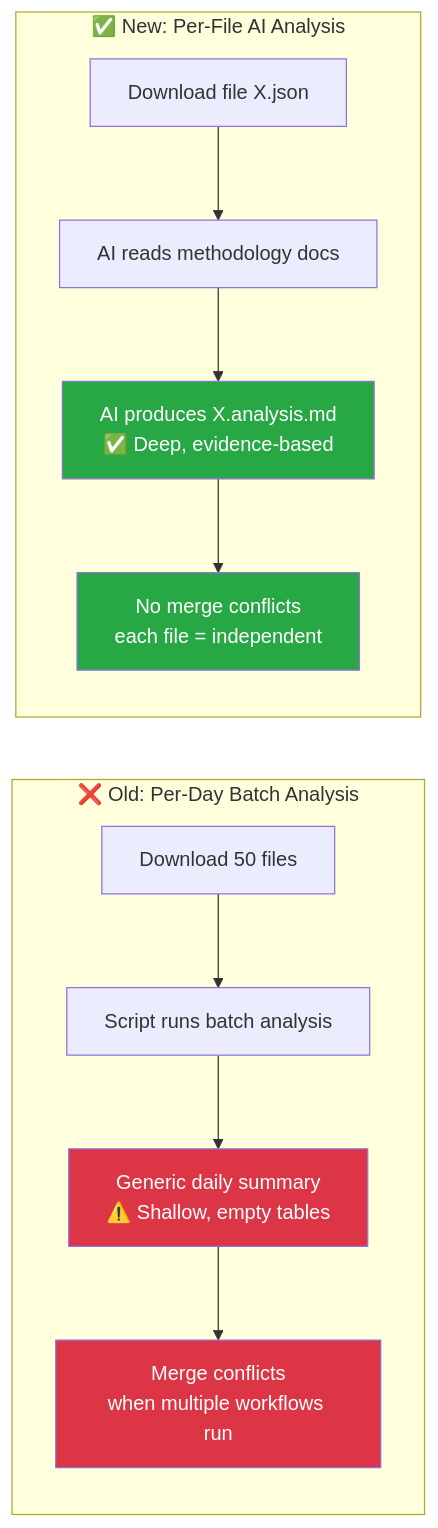
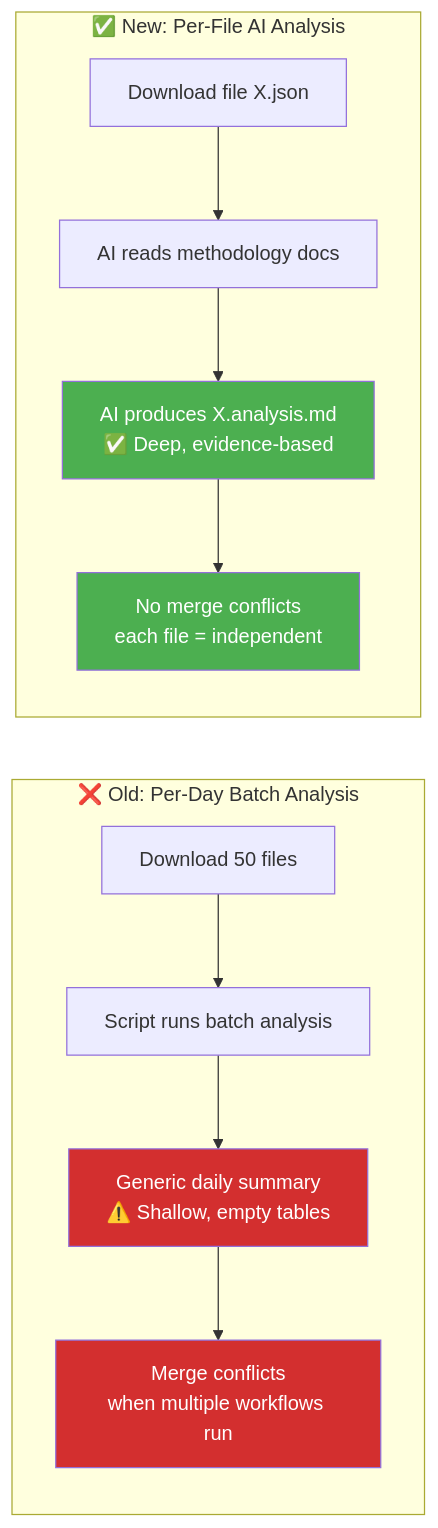
The first of 11 diagrams in analysis/methodologies/ai-driven-analysis-guide.md (Hack23/riksdagsmonitor), drawn with Mermaid before and after one commit. The commit also changed other lines of this file and 14 other files, not shown here.

First line of the commit message:
Align analysis/ mermaid diagrams with ISMS Style Guide palette and convert SWOT to quadrantChart

````diff
--- a/analysis/methodologies/ai-driven-analysis-guide.md
+++ b/analysis/methodologies/ai-driven-analysis-guide.md
@@ -306,19 +306,19 @@
 ```mermaid
 graph LR
     subgraph "❌ Old: Per-Day Batch Analysis"
         A1["Download 50 files"] --> A2["Script runs batch analysis"]
         A2 --> A3["Generic daily summary<br/>⚠️ Shallow, empty tables"]
         A3 --> A4["Merge conflicts<br/>when multiple workflows run"]
     end
     
     subgraph "✅ New: Per-File AI Analysis"
         B1["Download file X.json"] --> B2["AI reads methodology docs"]
         B2 --> B3["AI produces X.analysis.md<br/>✅ Deep, evidence-based"]
         B3 --> B4["No merge conflicts<br/>each file = independent"]
     end
     
-    style A3 fill:#dc3545,color:#fff
-    style A4 fill:#dc3545,color:#fff
-    style B3 fill:#28a745,color:#fff
-    style B4 fill:#28a745,color:#fff
+    style A3 fill:#D32F2F,color:#FFFFFF
+    style A4 fill:#D32F2F,color:#FFFFFF
+    style B3 fill:#4CAF50,color:#FFFFFF
+    style B4 fill:#4CAF50,color:#FFFFFF
 ```
````
